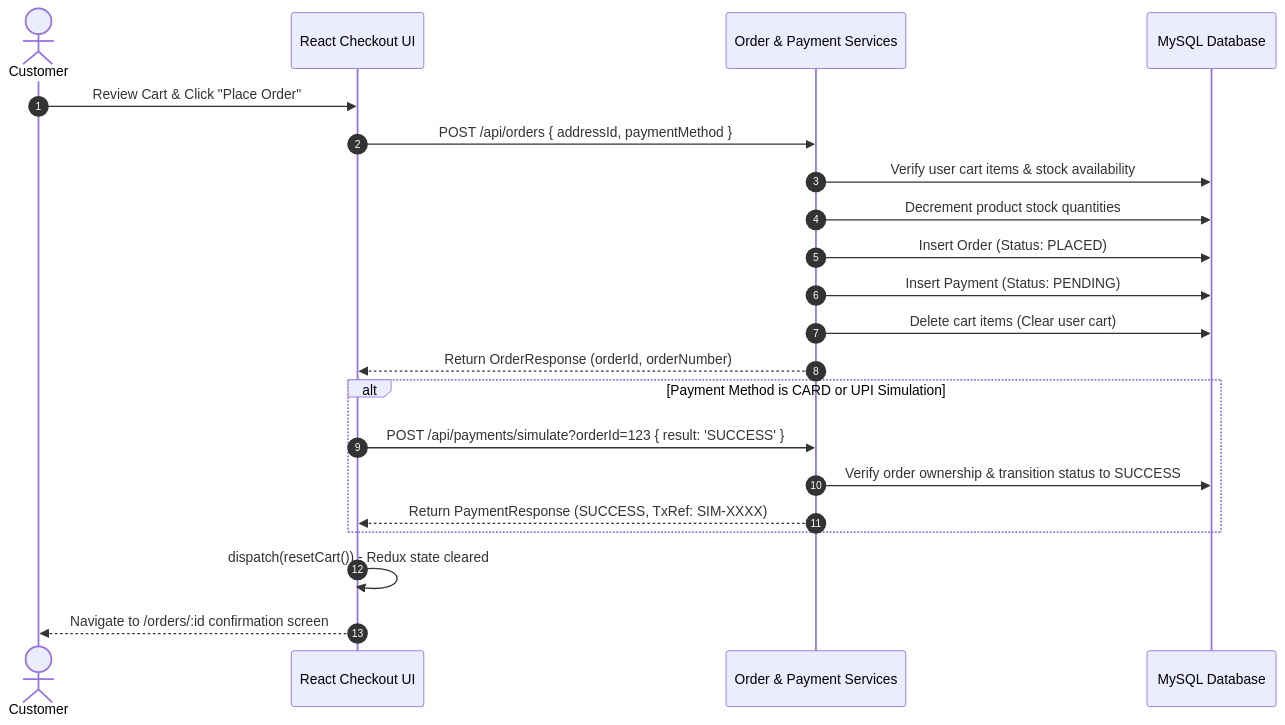
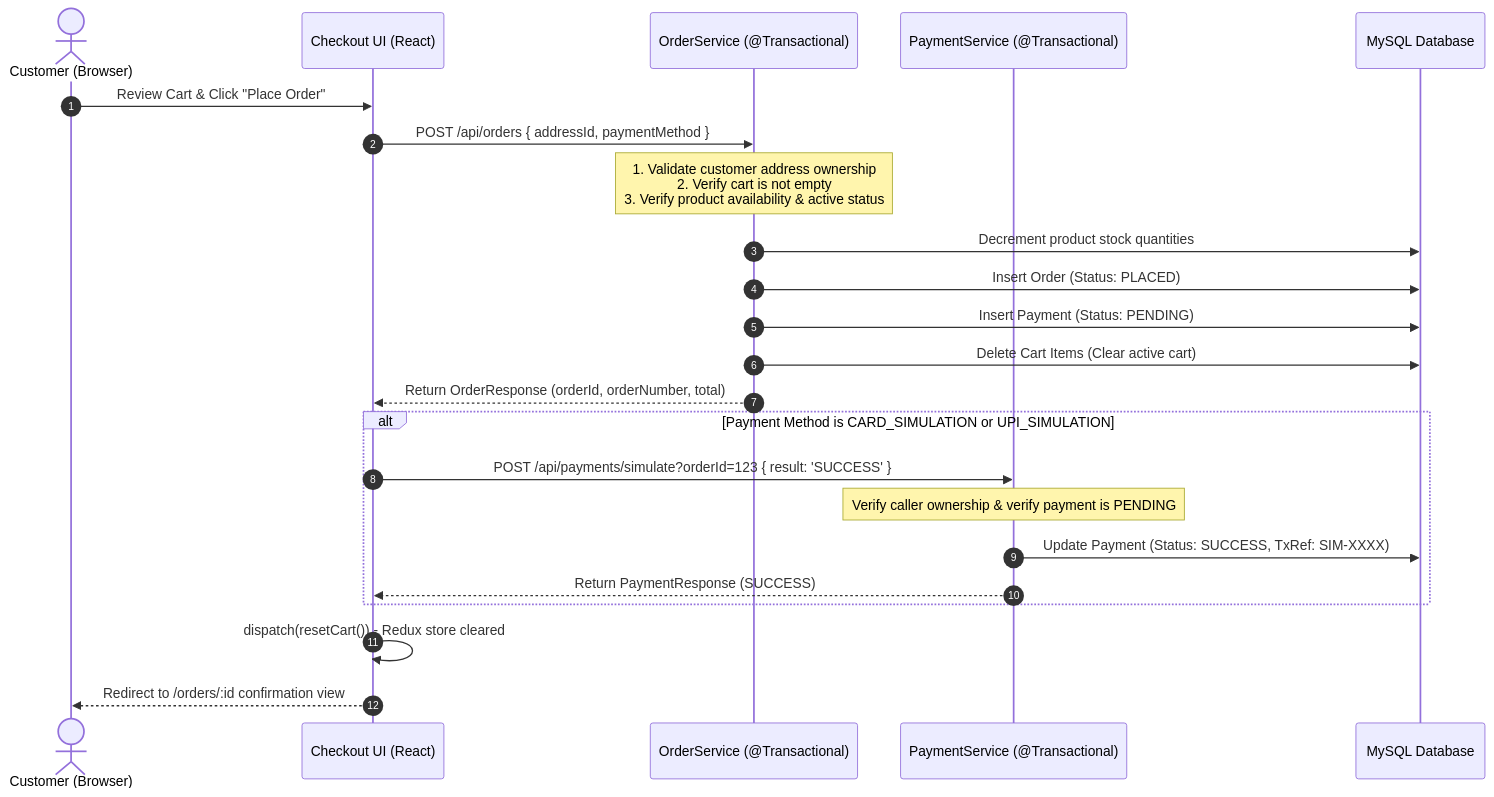
Before and after one commit to praSHAnTH630490/shopsphere-fullstack-fp: the third of 3 diagrams in README.md, drawn with Mermaid. The commit also changed other lines of this file, not shown here.

Commit message:
docs: enhance README with enterprise architecture, engineering decisions, and professional branding

````diff
--- a/README.md
+++ b/README.md
@@ -185,26 +212,28 @@
 ```mermaid
 sequenceDiagram
     autonumber
-    actor User as Customer
-    participant UI as React Checkout UI
-    participant Backend as Order & Payment Services
+    actor Customer as Customer (Browser)
+    participant CartUI as Checkout UI (React)
+    participant OrderService as OrderService (@Transactional)
+    participant PaymentService as PaymentService (@Transactional)
     participant DB as MySQL Database
 
-    User->>UI: Review Cart & Click "Place Order"
-    UI->>Backend: POST /api/orders { addressId, paymentMethod }
-    Backend->>DB: Verify user cart items & stock availability
-    Backend->>DB: Decrement product stock quantities
-    Backend->>DB: Insert Order (Status: PLACED)
-    Backend->>DB: Insert Payment (Status: PENDING)
-    Backend->>DB: Delete cart items (Clear user cart)
-    Backend-->>UI: Return OrderResponse (orderId, orderNumber)
+    Customer->>CartUI: Review Cart & Click "Place Order"
+    CartUI->>OrderService: POST /api/orders { addressId, paymentMethod }
+    Note over OrderService: 1. Validate customer address ownership<br/>2. Verify cart is not empty<br/>3. Verify product availability & active status
+    OrderService->>DB: Decrement product stock quantities
+    OrderService->>DB: Insert Order (Status: PLACED)
+    OrderService->>DB: Insert Payment (Status: PENDING)
+    OrderService->>DB: Delete Cart Items (Clear active cart)
+    OrderService-->>CartUI: Return OrderResponse (orderId, orderNumber, total)
 
-    alt Payment Method is CARD or UPI Simulation
-        UI->>Backend: POST /api/payments/simulate?orderId=123 { result: 'SUCCESS' }
-        Backend->>DB: Verify order ownership & transition status to SUCCESS
-        Backend-->>UI: Return PaymentResponse (SUCCESS, TxRef: SIM-XXXX)
+    alt Payment Method is CARD_SIMULATION or UPI_SIMULATION
+        CartUI->>PaymentService: POST /api/payments/simulate?orderId=123 { result: 'SUCCESS' }
+        Note over PaymentService: Verify caller ownership & verify payment is PENDING
+        PaymentService->>DB: Update Payment (Status: SUCCESS, TxRef: SIM-XXXX)
+        PaymentService-->>CartUI: Return PaymentResponse (SUCCESS)
     end
 
-    UI->>UI: dispatch(resetCart()) - Redux state cleared
-    UI-->>User: Navigate to /orders/:id confirmation screen
+    CartUI->>CartUI: dispatch(resetCart()) - Redux store cleared
+    CartUI-->>Customer: Redirect to /orders/:id confirmation view
 ```
````
